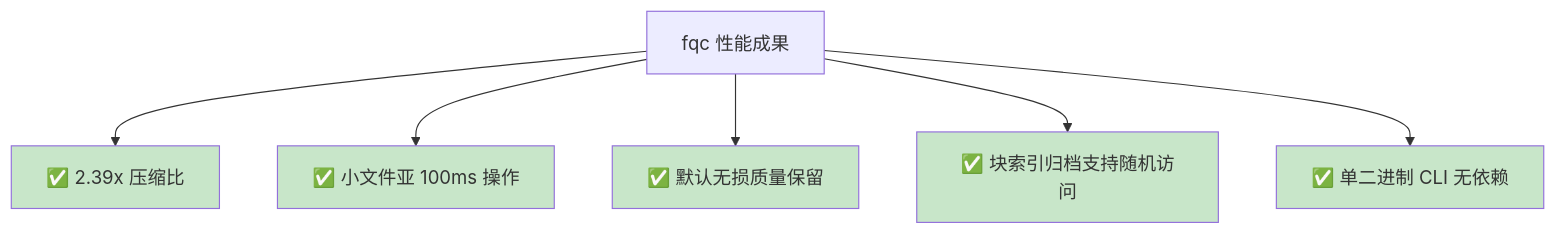
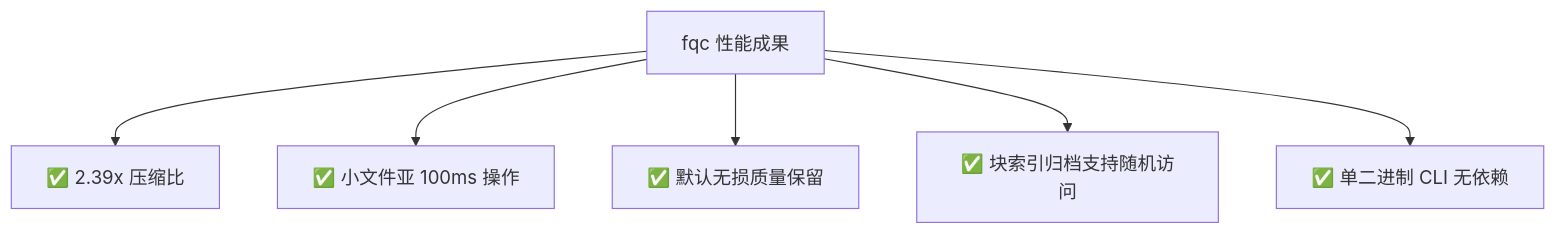
Before and after one commit to open-genomics/fq-compressor-rust: the fifth of 5 diagrams in docs/zh/benchmarks/performance-report.md, drawn with Mermaid. The commit also changed other lines of this file and 23 other files, not shown here.

````diff
--- a/docs/zh/benchmarks/performance-report.md
+++ b/docs/zh/benchmarks/performance-report.md
@@ -268,14 +263,9 @@
 ```mermaid
 flowchart TD
     A[fqc 性能成果] --> B["✅ 2.39x 压缩比"]
     A --> C["✅ 小文件亚 100ms 操作"]
     A --> D["✅ 默认无损质量保留"]
     A --> E["✅ 块索引归档支持随机访问"]
     A --> F["✅ 单二进制 CLI 无依赖"]
     
-    style B fill:#C8E6C9
-    style C fill:#C8E6C9
-    style D fill:#C8E6C9
-    style E fill:#C8E6C9
-    style F fill:#C8E6C9
 ```
````
